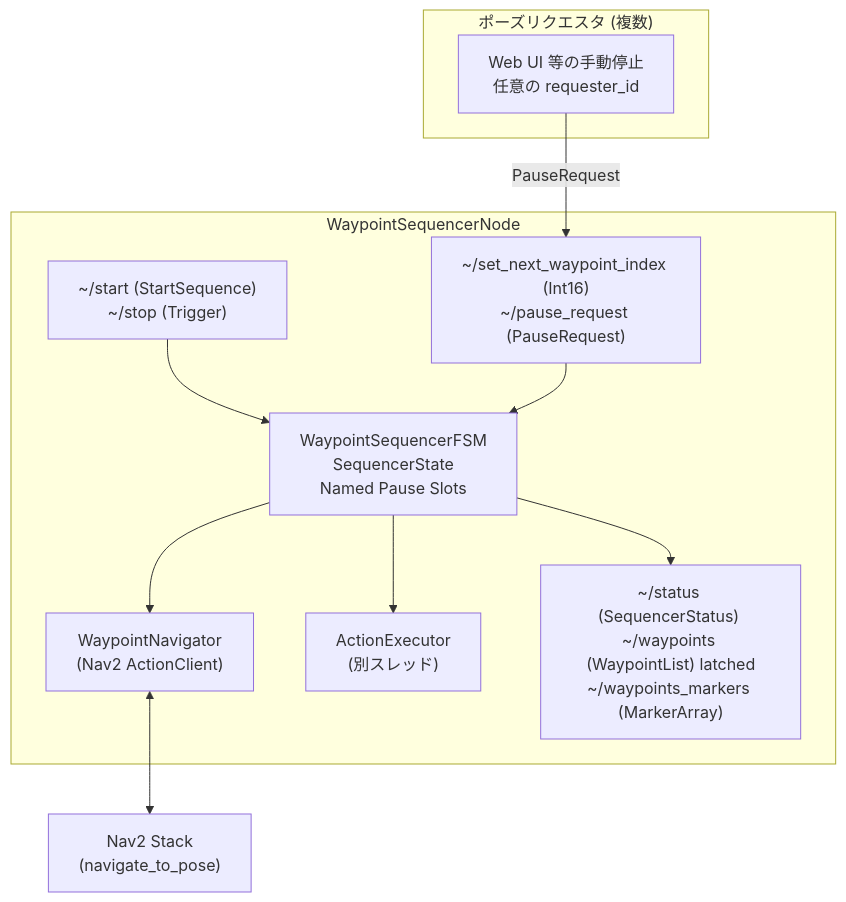
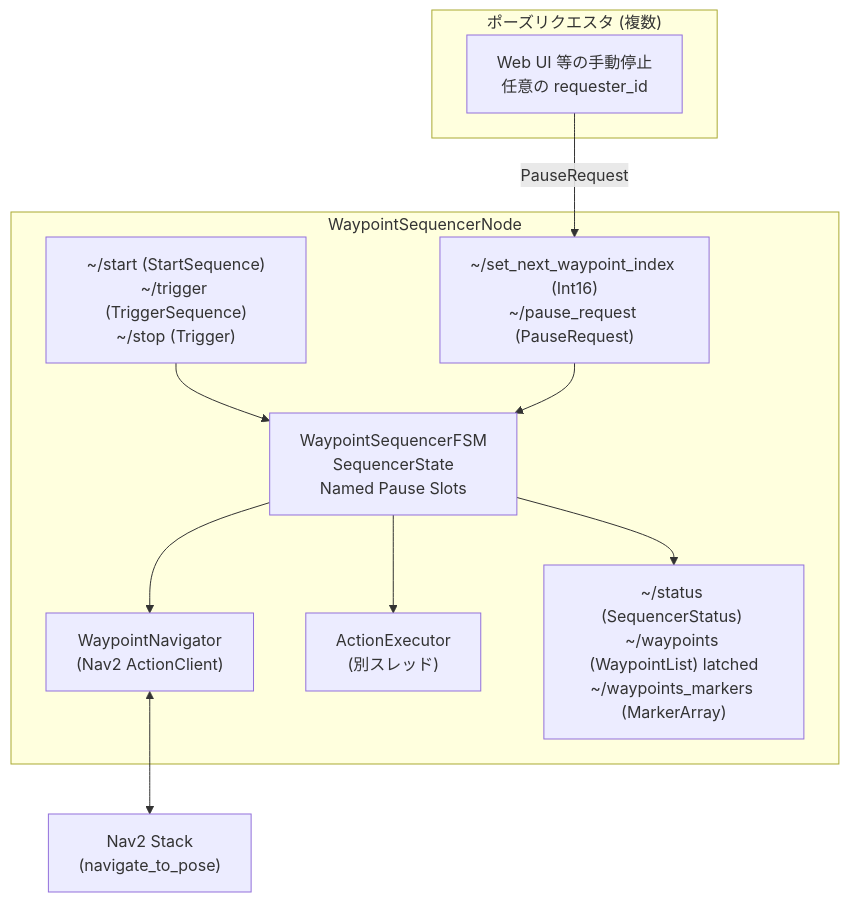
Before and after one commit to MetroGlide/mg_robot: the first of 2 diagrams in mg_waypoint_navigation/doc/architecture.md, drawn with Mermaid. The commit also changed other lines of this file and 9 other files, not shown here.

````diff
--- a/mg_waypoint_navigation/doc/architecture.md
+++ b/mg_waypoint_navigation/doc/architecture.md
@@ -54,25 +54,25 @@
 ```mermaid
 graph TD
     subgraph Requesters["ポーズリクエスタ (複数)"]
         OR["Web UI 等の手動停止\n任意の requester_id"]
     end
 
     subgraph WSN["WaypointSequencerNode"]
-        SVC["~/start (StartSequence)\n~/stop (Trigger)"]
+        SVC["~/start (StartSequence)\n~/trigger (TriggerSequence)\n~/stop (Trigger)"]
         SUB["~/set_next_waypoint_index (Int16)\n~/pause_request (PauseRequest)"]
         FSM["WaypointSequencerFSM\nSequencerState\nNamed Pause Slots"]
         NAV["WaypointNavigator\n(Nav2 ActionClient)"]
         EXEC["ActionExecutor\n(別スレッド)"]
         PUB["~/status (SequencerStatus) \n~/waypoints (WaypointList) latched\n~/waypoints_markers (MarkerArray)"]
     end
 
     Nav2["Nav2 Stack\n(navigate_to_pose)"]
 
     OR -- "PauseRequest" --> SUB
     SVC --> FSM
     SUB --> FSM
     FSM --> NAV
     FSM --> EXEC
     FSM --> PUB
     NAV <--> Nav2
 ```
````
